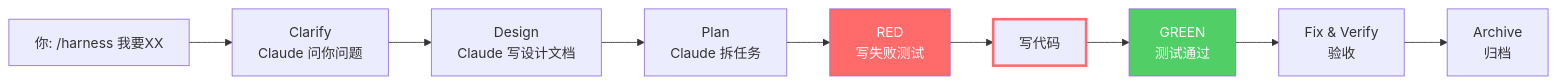
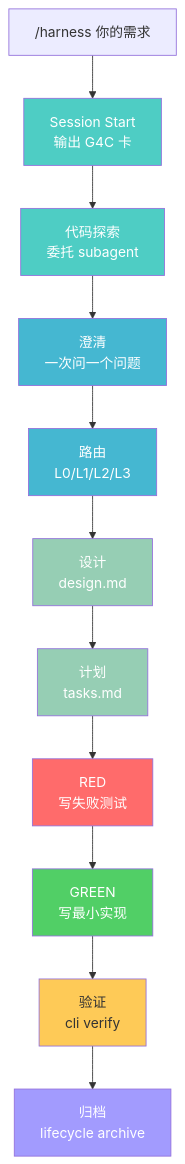
One commit to Emtemf/enterprise-harness changed the diagram in README.md. Above: the diagram before and after it, drawn with Mermaid. The commit also changed other lines of this file and 1 other file, not shown here.

Commit message:
docs: rewrite README with G4C framework lifecycle overview

````diff
--- a/README.md
+++ b/README.md
@@ -33,15 +21,24 @@
 ```mermaid
-graph LR
-    U[你: /harness 我要XX] --> C[Clarify<br/>Claude 问你问题]
-    C --> D[Design<br/>Claude 写设计文档]
-    D --> P[Plan<br/>Claude 拆任务]
-    P --> R[RED<br/>写失败测试]
-    R --> W[写代码]
-    W --> G[GREEN<br/>测试通过]
-    G --> F[Fix & Verify<br/>验收]
-    F --> A[Archive<br/>归档]
+graph TD
+    U["/harness 你的需求"] --> S["Session Start<br/>输出 G4C 卡"]
+    S --> E["代码探索<br/>委托 subagent"]
+    E --> C["澄清<br/>一次问一个问题"]
+    C --> R["路由<br/>L0/L1/L2/L3"]
+    R --> D["设计<br/>design.md"]
+    D --> T["计划<br/>tasks.md"]
+    T --> RED["RED<br/>写失败测试"]
+    RED --> GREEN["GREEN<br/>写最小实现"]
+    GREEN --> V["验证<br/>cli verify"]
+    V --> A["归档<br/>lifecycle archive"]
 
-    style R fill:#ff6b6b,color:#fff
-    style G fill:#51cf66,color:#fff
-    style W stroke:#ff6b6b,stroke-width:3px
+    style S fill:#4ecdc4,color:#fff
+    style E fill:#4ecdc4,color:#fff
+    style C fill:#45b7d1,color:#fff
+    style R fill:#45b7d1,color:#fff
+    style D fill:#96ceb4,color:#fff
+    style T fill:#96ceb4,color:#fff
+    style RED fill:#ff6b6b,color:#fff
+    style GREEN fill:#51cf66,color:#fff
+    style V fill:#feca57,color:#333
+    style A fill:#a29bfe,color:#fff
 ```
````
